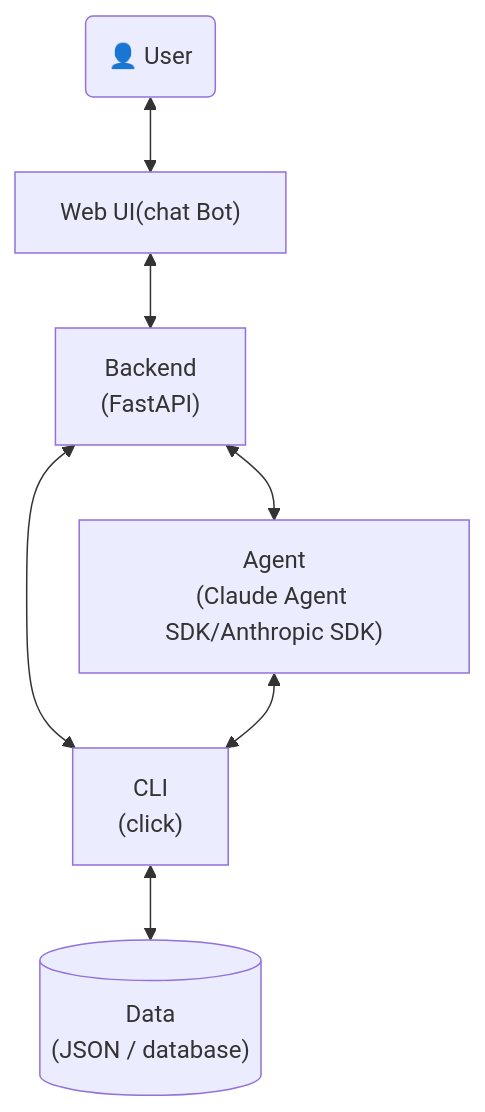
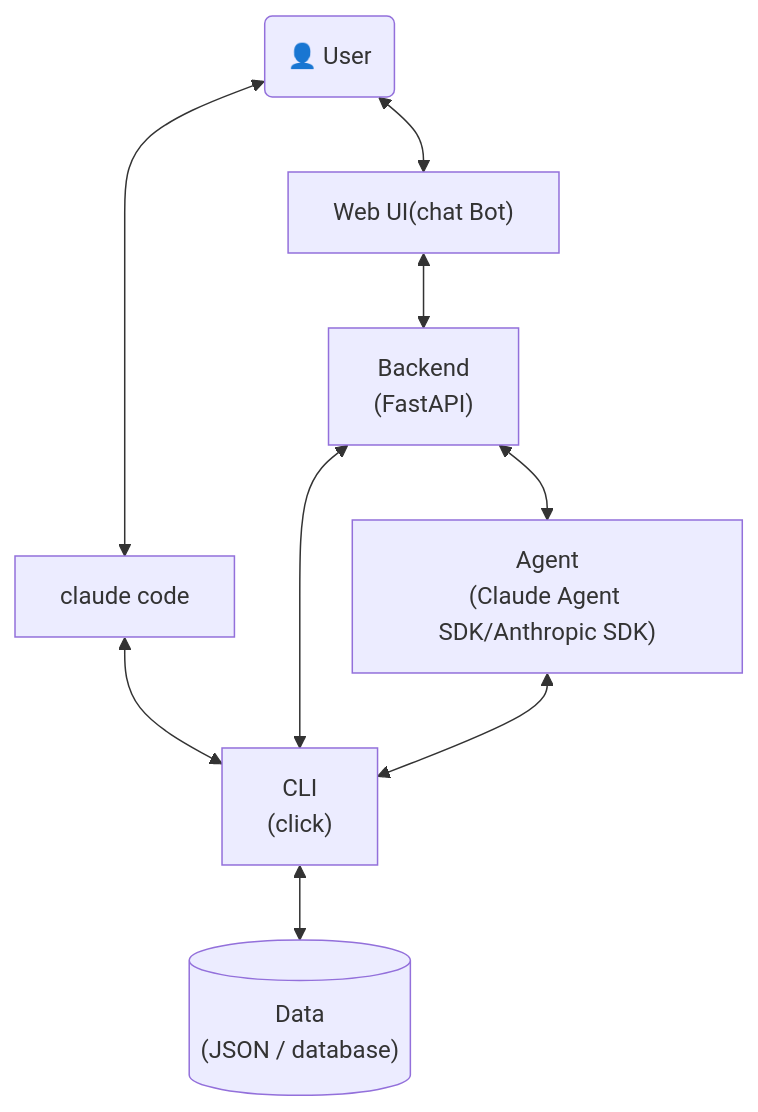
One commit to JoeyAssistant/skill-repo changed the diagram in system-prompt/agent-designer.md. Above: the diagram before and after it, drawn with Mermaid. The commit also changed other lines of this file and 1 other file, not shown here.

````diff
--- a/system-prompt/agent-designer.md
+++ b/system-prompt/agent-designer.md
@@ -12,16 +12,19 @@
 ```mermaid
 graph TD
     User("👤 User")
     WebUI["Web UI(chat Bot)"]
+    Claude["claude code"]
     Backend["Backend<br/>(FastAPI)"]
     Agent["Agent<br/>(Claude Agent SDK/Anthropic SDK)"]
     CLI["CLI<br/>(click)"]
     Data[("Data<br/>(JSON / database)")]
 
     User <--> WebUI
+    User <--> Claude
+    Claude <--> CLI
     WebUI <--> Backend
     Backend <--> Agent
     Backend <--> CLI
     Agent <--> CLI
     CLI <--> Data
 ```
````
